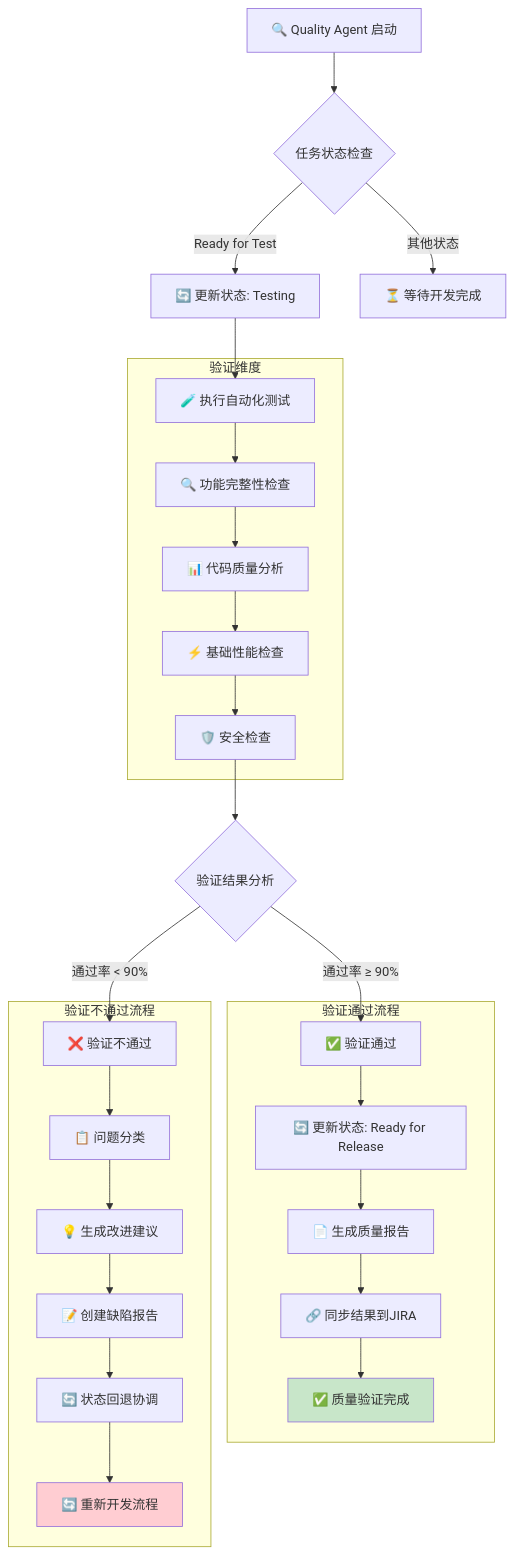
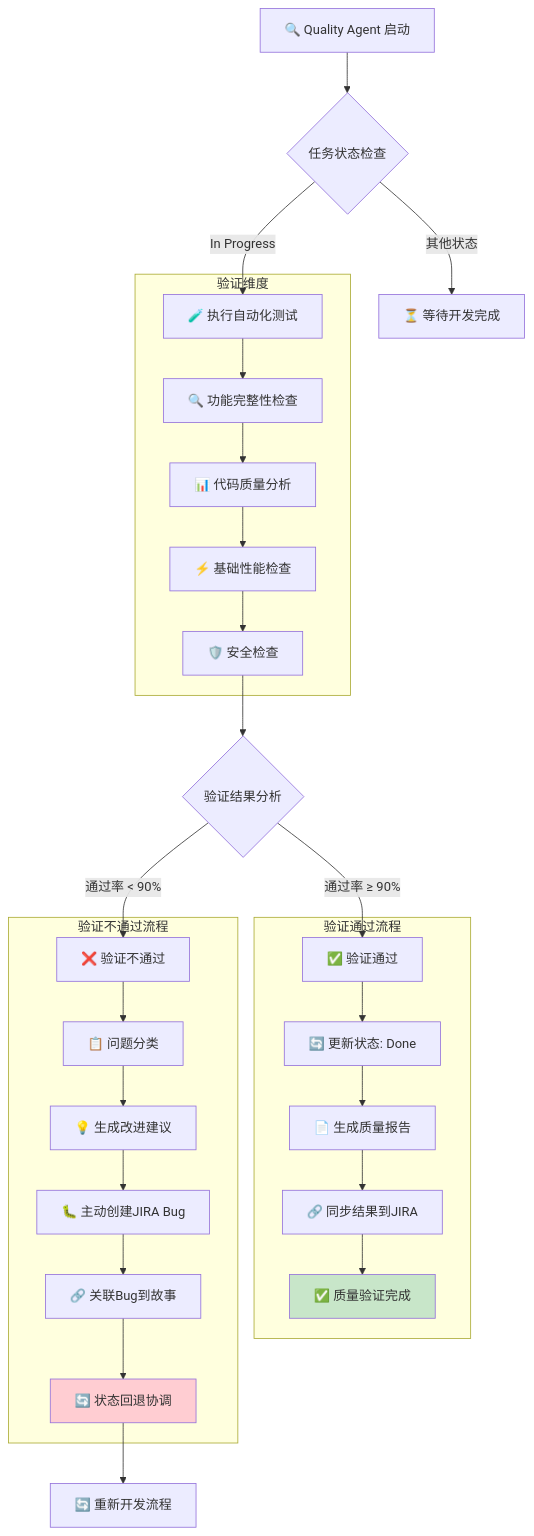
Before and after one commit to ouyangshixiong/context-engineering-zh: the diagram in plugins/agile-marketplace/sprint-plugin/agents/quality-agent.md, drawn with Mermaid. The commit also changed other lines of this file and 12 other files, not shown here.

````diff
--- a/plugins/agile-marketplace/sprint-plugin/agents/quality-agent.md
+++ b/plugins/agile-marketplace/sprint-plugin/agents/quality-agent.md
@@ -56,54 +66,54 @@
 ```mermaid
 flowchart TD
     A[🔍 Quality Agent 启动] --> B{任务状态检查}
-    B -->|Ready for Test| C[🔄 更新状态: Testing]
+    B -->|In Progress| C[🧪 执行自动化测试]
     B -->|其他状态| D[⏳ 等待开发完成]
-    C --> E[🧪 执行自动化测试]
-    E --> F[🔍 功能完整性检查]
-    F --> G[📊 代码质量分析]
-    G --> H[⚡ 基础性能检查]
-    H --> I[🛡️ 安全检查]
+    C --> E[🔍 功能完整性检查]
+    E --> F[📊 代码质量分析]
+    F --> G[⚡ 基础性能检查]
+    G --> H[🛡️ 安全检查]
 
-    I --> J{验证结果分析}
-    J -->|通过率 ≥ 90%| K[✅ 验证通过]
-    J -->|通过率 < 90%| L[❌ 验证不通过]
+    H --> I{验证结果分析}
+    I -->|通过率 ≥ 90%| J[✅ 验证通过]
+    I -->|通过率 < 90%| K[❌ 验证不通过]
 
-    K --> M[🔄 更新状态: Ready for Release]
-    M --> N[📄 生成质量报告]
-    N --> O[🔗 同步结果到JIRA]
-    O --> P[✅ 质量验证完成]
+    J --> L[🔄 更新状态: Done]
+    L --> M[📄 生成质量报告]
+    M --> N[🔗 同步结果到JIRA]
+    N --> O[✅ 质量验证完成]
 
-    L --> Q[📋 问题分类]
-    Q --> R[💡 生成改进建议]
-    R --> S[📝 创建缺陷报告]
+    K --> P[📋 问题分类]
+    P --> Q[💡 生成改进建议]
+    Q --> R[🐛 主动创建JIRA Bug]
+    R --> S[🔗 关联Bug到故事]
     S --> T[🔄 状态回退协调]
     T --> U[🔄 重新开发流程]
 
     subgraph 验证维度
+        C
         E
         F
         G
         H
-        I
     end
 
     subgraph 验证通过流程
-        K
+        J
+        L
         M
         N
         O
-        P
     end
 
     subgraph 验证不通过流程
-        L
+        K
+        P
         Q
         R
         S
         T
-        U
     end
 
-    style P fill:#c8e6c9
-    style U fill:#ffcdd2
+    style O fill:#c8e6c9
+    style T fill:#ffcdd2
 ```
````
